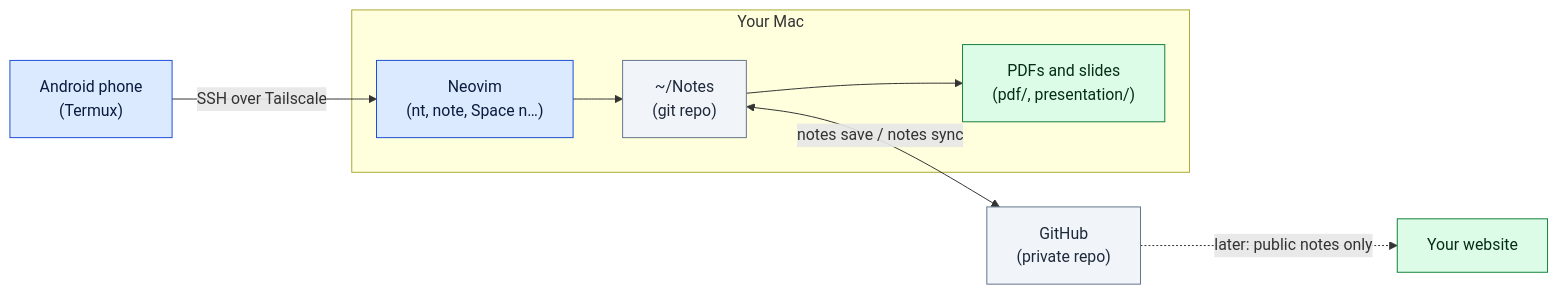
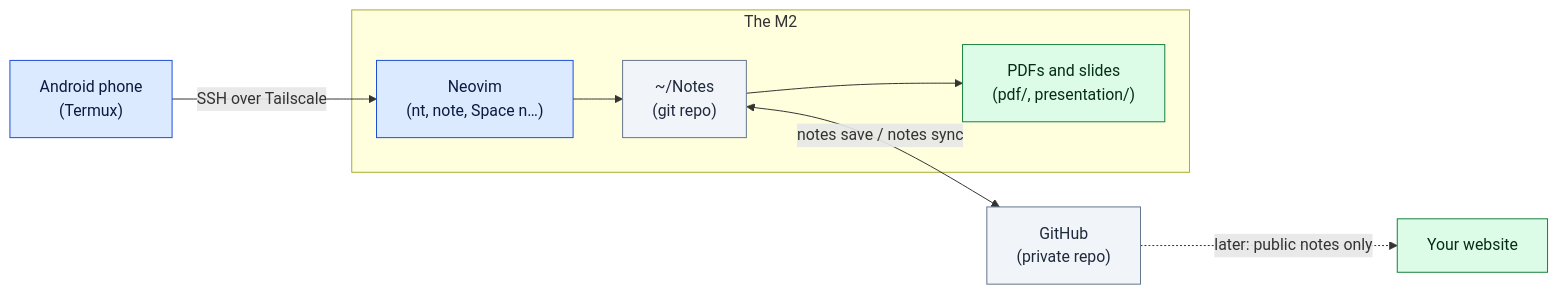
One commit to youngjae-lim/dotfiles changed the diagram in docs/12-notes.md. Above: the diagram before and after it, drawn with Mermaid. The commit also changed other lines of this file and 18 other files, not shown here.

````diff
--- a/docs/12-notes.md
+++ b/docs/12-notes.md
@@ -11,13 +11,13 @@
 ```mermaid
 flowchart LR
-    subgraph MAC["Your Mac"]
+    subgraph MAC["The M2"]
         NV["Neovim<br/>(nt, note, Space n…)"]:::source --> REPO["~/Notes<br/>(git repo)"]:::step
         REPO --> PDF["PDFs and slides<br/>(pdf/, presentation/)"]:::output
     end
     PHONE["Android phone<br/>(Termux)"]:::source -->|"SSH over Tailscale"| NV
     REPO <-->|"notes save / notes sync"| GH["GitHub<br/>(private repo)"]:::step
     GH -.->|"later: public notes only"| WEB["Your website"]:::output
     classDef source fill:#dbeafe,stroke:#1d4ed8,color:#0b1b3f
     classDef step fill:#f1f5f9,stroke:#64748b,color:#1e293b
     classDef output fill:#dcfce7,stroke:#15803d,color:#052e16
 ```
````
